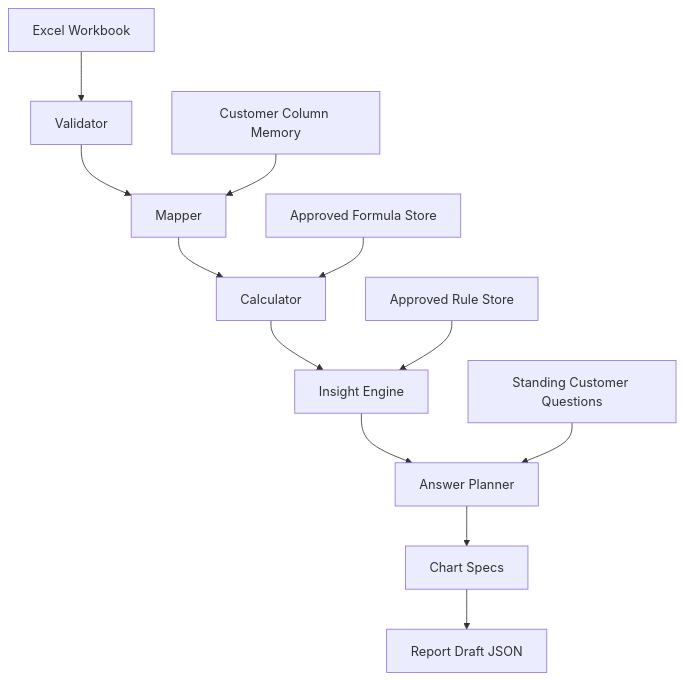
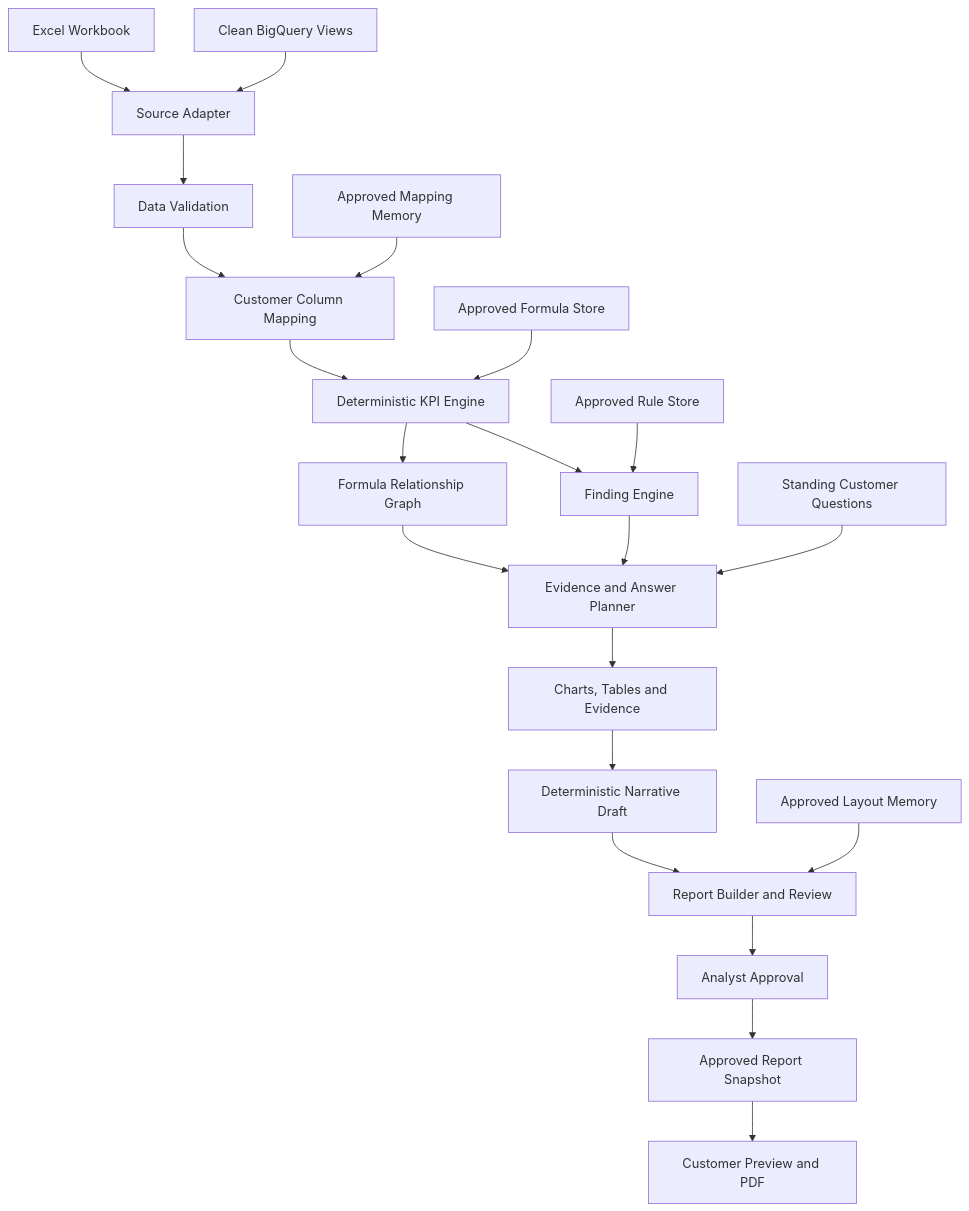
Before and after one commit to Deepti-del/VerityFlow: the first of 2 diagrams in README.md, drawn with Mermaid. The commit also changed other lines of this file and 3 other files, not shown here.

````diff
--- a/README.md
+++ b/README.md
@@ -68,14 +47,23 @@
 ```mermaid
 flowchart TD
-    A["Excel Workbook"] --> B["Validator"]
-    B --> C["Mapper"]
-    M["Customer Column Memory"] --> C
-    C --> D["Calculator"]
-    F["Approved Formula Store"] --> D
-    D --> E["Insight Engine"]
-    R["Approved Rule Store"] --> E
-    E --> P["Answer Planner"]
+    X["Excel Workbook"] --> A["Source Adapter"]
+    BQ["Clean BigQuery Views"] --> A
+    A --> V["Data Validation"]
+    V --> M["Customer Column Mapping"]
+    CM["Approved Mapping Memory"] --> M
+    M --> K["Deterministic KPI Engine"]
+    F["Approved Formula Store"] --> K
+    K --> G["Formula Relationship Graph"]
+    K --> I["Finding Engine"]
+    R["Approved Rule Store"] --> I
+    I --> P["Evidence and Answer Planner"]
     Q["Standing Customer Questions"] --> P
-    P --> S["Chart Specs"]
-    S --> J["Report Draft JSON"]
+    G --> P
+    P --> C["Charts, Tables and Evidence"]
+    C --> N["Deterministic Narrative Draft"]
+    N --> U["Report Builder and Review"]
+    L["Approved Layout Memory"] --> U
+    U --> H["Analyst Approval"]
+    H --> S["Approved Report Snapshot"]
+    S --> O["Customer Preview and PDF"]
 ```
````
